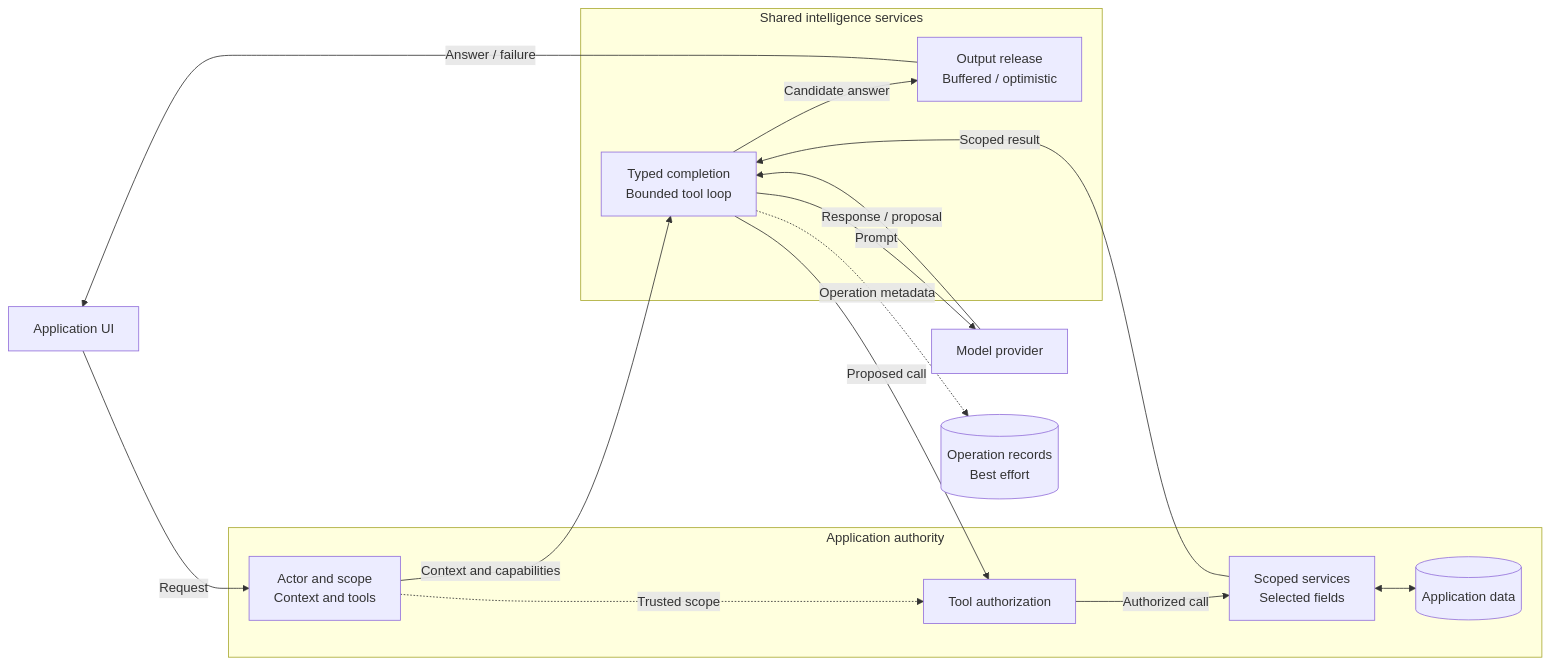
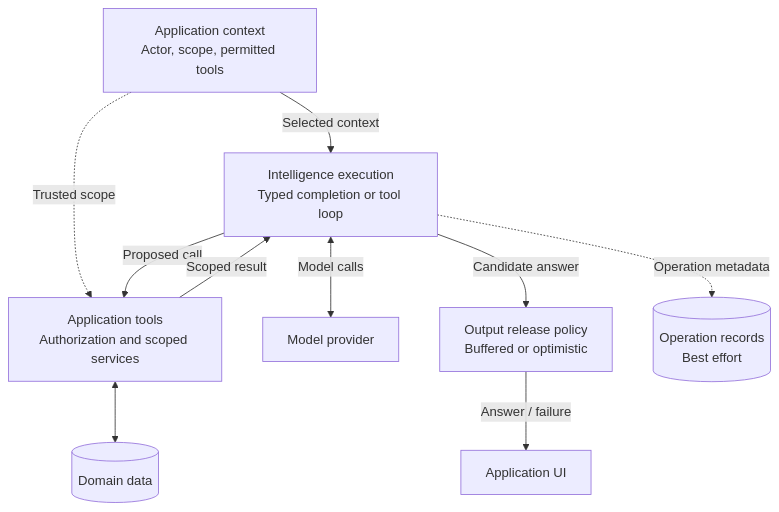
Before and after one commit to mrb398/mrb398: the diagram in studies/permission-aware-intelligence.md, drawn with Mermaid.

Commit message:
docs(Profile): simplify intelligence architecture diagram
Keep the architecture readable within the article by showing the core execution and authority boundaries without nested layout constraints.

- Retain trusted scope, authorized tools, output policy, and recording
- Preserve the detailed responsibilities and trade-offs in the surrounding text

````diff
--- a/studies/permission-aware-intelligence.md
+++ b/studies/permission-aware-intelligence.md
@@ -31,32 +31,21 @@
 ```mermaid
-flowchart LR
+flowchart TB
+    APP["Application context<br/>Actor, scope, permitted tools"]
+    RUN["Intelligence execution<br/>Typed completion or tool loop"]
+    TOOLS["Application tools<br/>Authorization and scoped services"]
+    MODEL["Model provider"]
+    DATA[("Domain data")]
+    RELEASE["Output release policy<br/>Buffered or optimistic"]
     UI["Application UI"]
-
-    subgraph APP["Application authority"]
-        CTX["Actor and scope<br/>Context and tools"]
-        GATE["Tool authorization"]
-        DOMAIN["Scoped services<br/>Selected fields"]
-        DATA[("Application data")]
-    end
-
-    subgraph INT["Shared intelligence services"]
-        RUN["Typed completion<br/>Bounded tool loop"]
-        RELEASE["Output release<br/>Buffered / optimistic"]
-    end
-
-    MODEL["Model provider"]
     RECORD[("Operation records<br/>Best effort")]
 
-    UI -->|Request| CTX
-    CTX -->|Context and capabilities| RUN
-    CTX -.->|Trusted scope| GATE
-    RUN -->|Prompt| MODEL
-    MODEL -->|Response / proposal| RUN
-    RUN -->|Proposed call| GATE
-    GATE -->|Authorized call| DOMAIN
-    DOMAIN <--> DATA
-    DOMAIN -->|Scoped result| RUN
+    APP -->|Selected context| RUN
+    APP -.->|Trusted scope| TOOLS
+    RUN <-->|Model calls| MODEL
+    RUN -->|Proposed call| TOOLS
+    TOOLS -->|Scoped result| RUN
+    TOOLS <--> DATA
     RUN -->|Candidate answer| RELEASE
     RELEASE -->|Answer / failure| UI
     RUN -.->|Operation metadata| RECORD
 ```
````
